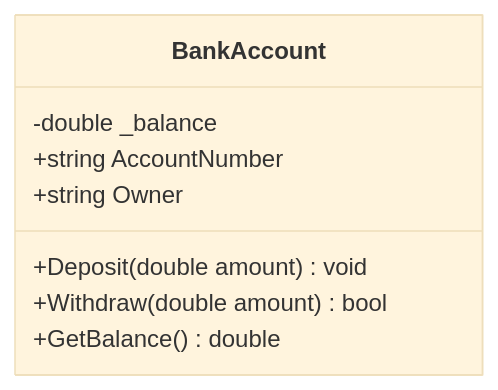
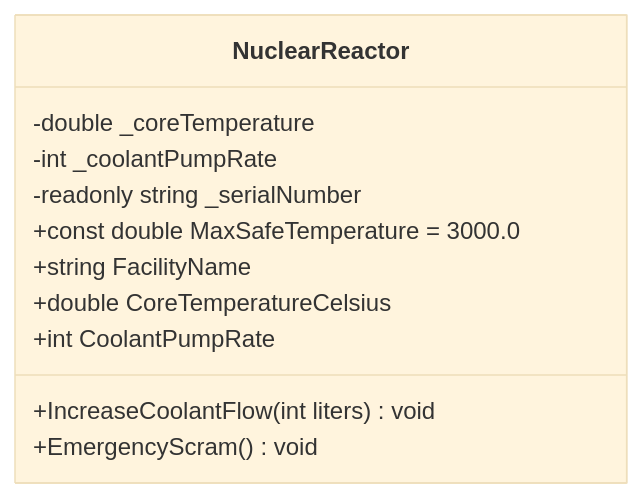
The diagram in Main/Topics/08_OOP_Fundamentals/README.md (Singhkunall/Csharp-learning), drawn with Mermaid (base theme) before and after one commit. The commit also changed other lines of this file and 19 other files, not shown here.

Commit message:
Enhance: In-depth story-driven theory, architecture diagrams, and comprehensive code for Phases 1 & 2 (Topics 01-10)

````diff
--- a/Main/Topics/08_OOP_Fundamentals/README.md
+++ b/Main/Topics/08_OOP_Fundamentals/README.md
@@ -25,11 +41,14 @@
 ```mermaid
 classDiagram
-    class BankAccount {
-        -double _balance
-        +string AccountNumber
-        +string Owner
-        +Deposit(double amount) void
-        +Withdraw(double amount) bool
-        +GetBalance() double
+    class NuclearReactor {
+        -double _coreTemperature
+        -int _coolantPumpRate
+        -readonly string _serialNumber
+        +const double MaxSafeTemperature = 3000.0
+        +string FacilityName
+        +double CoreTemperatureCelsius
+        +int CoolantPumpRate
+        +IncreaseCoolantFlow(int liters) void
+        +EmergencyScram() void
     }
 ```
````
